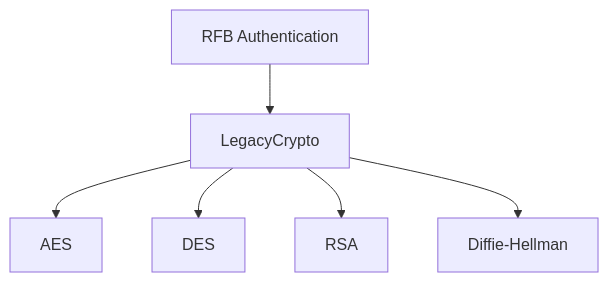
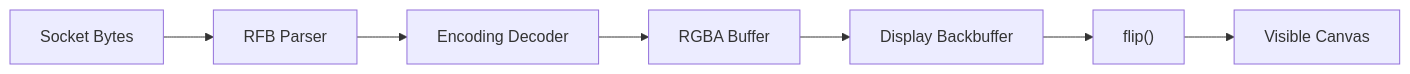
One commit to Ylianst/MeshCentral changed the third of 7 diagrams in docs/reference/architecture/README.md. Above: the diagram before and after it, drawn with Mermaid. The commit also changed other lines of this file and 642 other files, not shown here.

````diff
--- a/docs/reference/architecture/README.md
+++ b/docs/reference/architecture/README.md
@@ -255,8 +108,17 @@
 ```mermaid
-flowchart TD
-    RFB["RFB Authentication"] --> LegacyCrypto["LegacyCrypto"]
-    LegacyCrypto --> AES["AES"]
-    LegacyCrypto --> DES["DES"]
-    LegacyCrypto --> RSA["RSA"]
-    LegacyCrypto --> DH["Diffie-Hellman"]
+flowchart LR
+    SocketBytes["Socket Bytes"]
+    RFB["RFB Parser"]
+    Decoder["Encoding Decoder"]
+    RGBA["RGBA Buffer"]
+    Display["Display Backbuffer"]
+    Flip["flip()"]
+    Canvas["Visible Canvas"]
+
+    SocketBytes --> RFB
+    RFB --> Decoder
+    Decoder --> RGBA
+    RGBA --> Display
+    Display --> Flip
+    Flip --> Canvas
 ```
````
